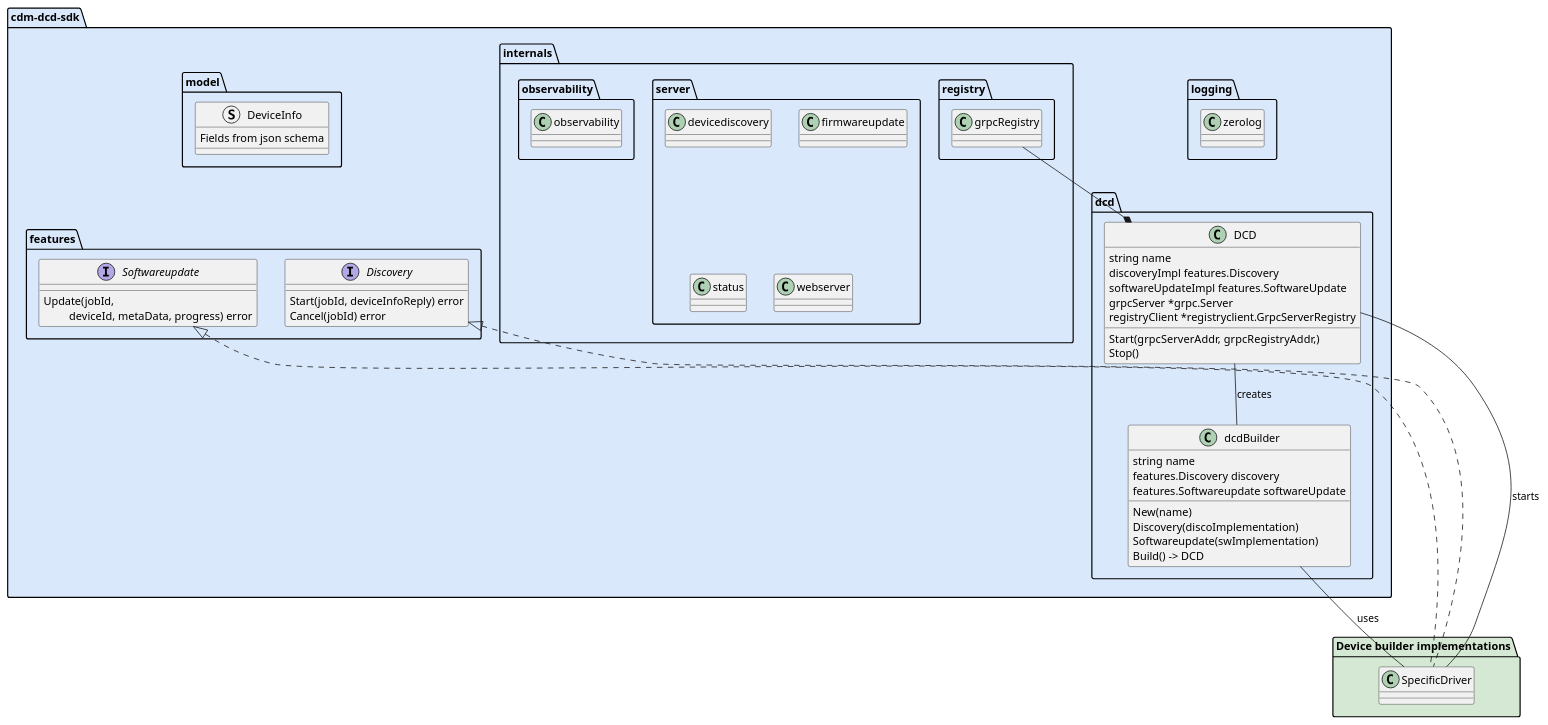
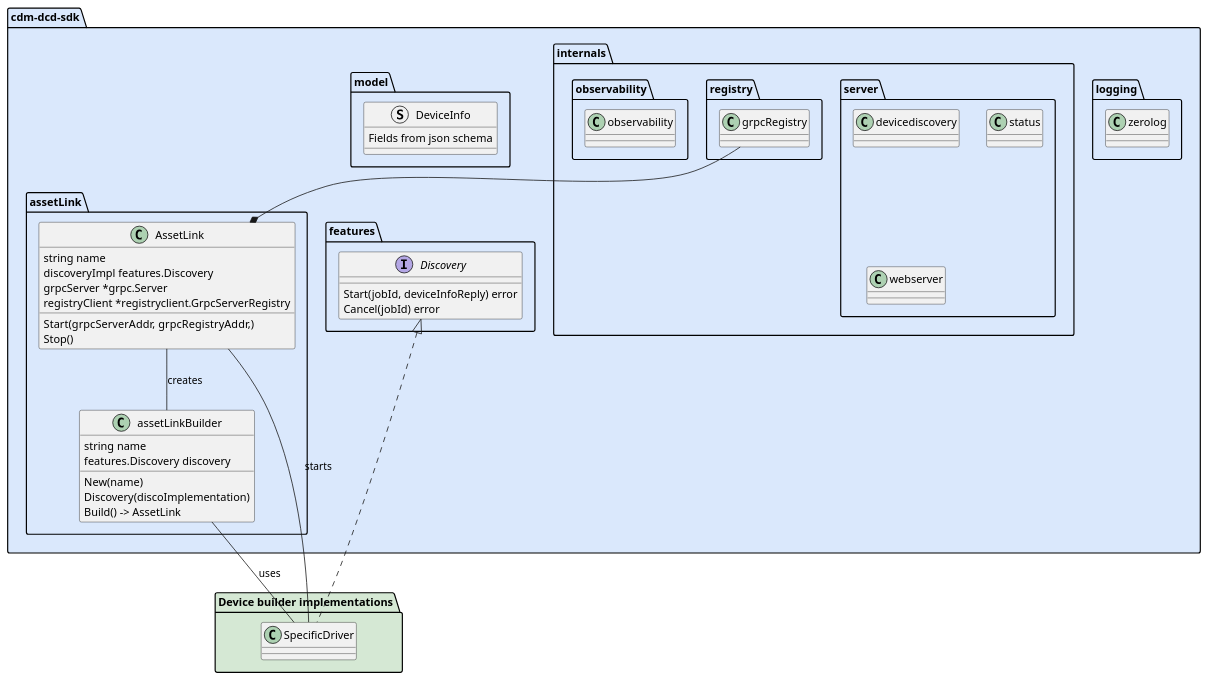
One commit to industrial-asset-hub/asset-link-sdk changed the diagram in README.md. Above: the diagram before and after it, drawn with PlantUML. The commit also changed other lines of this file and 24 other files, not shown here.

Commit message:
refactor: replacing device class driver and dcd references with asset link

````diff
--- a/README.md
+++ b/README.md
@@ -14,77 +14,69 @@
 ```plantuml
 package "cdm-dcd-sdk" #DAE8FC {
 package "features" {
 interface Discovery
-interface Softwareupdate
 
 Discovery : Start(jobId, deviceInfoReply) error
 Discovery : Cancel(jobId) error
 
-Softwareupdate :  Update(jobId, \n\t deviceId, metaData, progress) error
 
 }
 
 package "logging" {
 class zerolog
 
 }
 
 package "internals" {
 package "registry" {
 class grpcRegistry
 }
 
 package "server" {
 class devicediscovery
-class firmwareupdate
 class status
 class webserver
 
 }
 
 package "observability" {
 class observability
 
 }
 }
 
-package "dcd" {
-DCD -- dcdBuilder : creates
-DCD *-u- grpcRegistry
+package "assetLink" {
+AssetLink -- assetLinkBuilder : creates
+AssetLink *-u- grpcRegistry
 
-dcdBuilder : string name
-dcdBuilder : features.Discovery discovery
-dcdBuilder : features.Softwareupdate softwareUpdate
-dcdBuilder : New(name)
-dcdBuilder : Discovery(discoImplementation)
-dcdBuilder : Softwareupdate(swImplementation)
-dcdBuilder : Build() -> DCD
+assetLinkBuilder : string name
+assetLinkBuilder : features.Discovery discovery
+assetLinkBuilder : New(name)
+assetLinkBuilder : Discovery(discoImplementation)
+assetLinkBuilder : Build() -> AssetLink
 
-DCD : string name
-DCD : discoveryImpl features.Discovery
-DCD : softwareUpdateImpl features.SoftwareUpdate
-DCD : grpcServer *grpc.Server
-DCD : registryClient *registryclient.GrpcServerRegistry
-DCD : Start(grpcServerAddr, grpcRegistryAddr,)
-DCD : Stop()
+AssetLink : string name
+AssetLink : discoveryImpl features.Discovery
+AssetLink : grpcServer *grpc.Server
+AssetLink : registryClient *registryclient.GrpcServerRegistry
+AssetLink : Start(grpcServerAddr, grpcRegistryAddr,)
+AssetLink : Stop()
 
 
 }
 
 
 package "model" {
 struct DeviceInfo
 DeviceInfo .d[hidden]. Discovery
-DeviceInfo .d[hidden]. Softwareupdate
 
 DeviceInfo : Fields from json schema
 }
 }
 
 package "Device builder implementations" #D5E8D4 {
-SpecificDriver -u- DCD : starts
-SpecificDriver -u- dcdBuilder : uses
+SpecificDriver -u- AssetLink : starts
+SpecificDriver -u- assetLinkBuilder : uses
 SpecificDriver .u.|> Discovery
-SpecificDriver .u.|> Softwareupdate
 }
 ```
````
